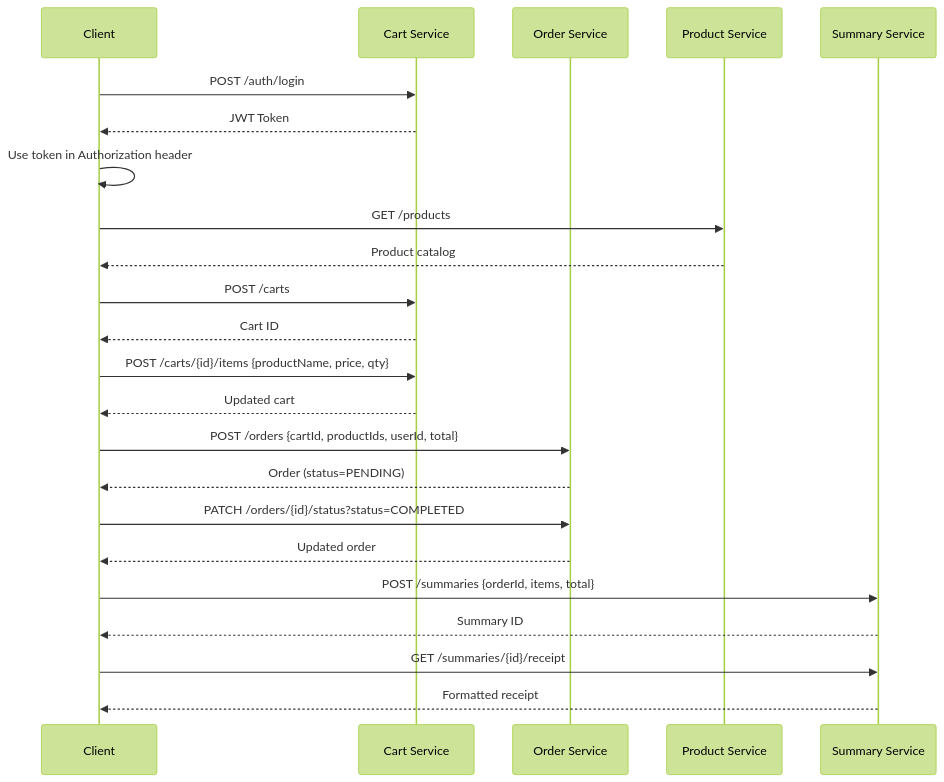
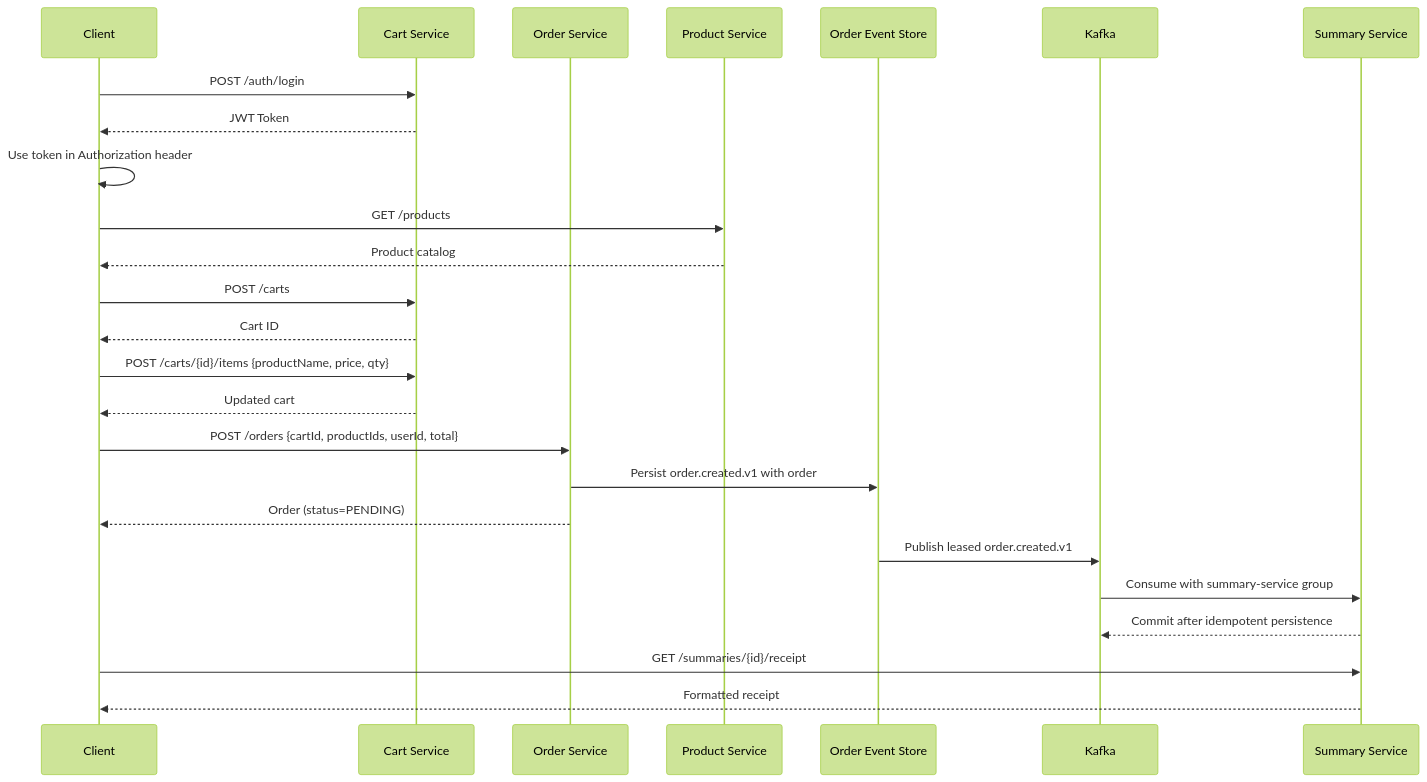
Before and after one commit to tukue/grocery-microservices: the second of 2 diagrams in README.md, drawn with Mermaid (forest theme). The commit also changed other lines of this file and 1 other file, not shown here.

Commit message:
Document Kafka event delivery architecture

````diff
--- a/README.md
+++ b/README.md
@@ -142,34 +152,35 @@
 ```mermaid
 sequenceDiagram
     participant Client
     participant Cart as Cart Service
     participant Order as Order Service
     participant Product as Product Service
+    participant EventStore as Order Event Store
+    participant Kafka
     participant Summary as Summary Service
 
     Client->>Cart: POST /auth/login
     Cart-->>Client: JWT Token
 
     Client->>Client: Use token in Authorization header
 
     Client->>Product: GET /products
     Product-->>Client: Product catalog
 
     Client->>Cart: POST /carts
     Cart-->>Client: Cart ID
 
     Client->>Cart: POST /carts/{id}/items {productName, price, qty}
     Cart-->>Client: Updated cart
 
     Client->>Order: POST /orders {cartId, productIds, userId, total}
+    Order->>EventStore: Persist order.created.v1 with order
     Order-->>Client: Order (status=PENDING)
 
-    Client->>Order: PATCH /orders/{id}/status?status=COMPLETED
-    Order-->>Client: Updated order
-
-    Client->>Summary: POST /summaries {orderId, items, total}
-    Summary-->>Client: Summary ID
+    EventStore->>Kafka: Publish leased order.created.v1
+    Kafka->>Summary: Consume with summary-service group
+    Summary-->>Kafka: Commit after idempotent persistence
 
     Client->>Summary: GET /summaries/{id}/receipt
     Summary-->>Client: Formatted receipt
 ```
````
